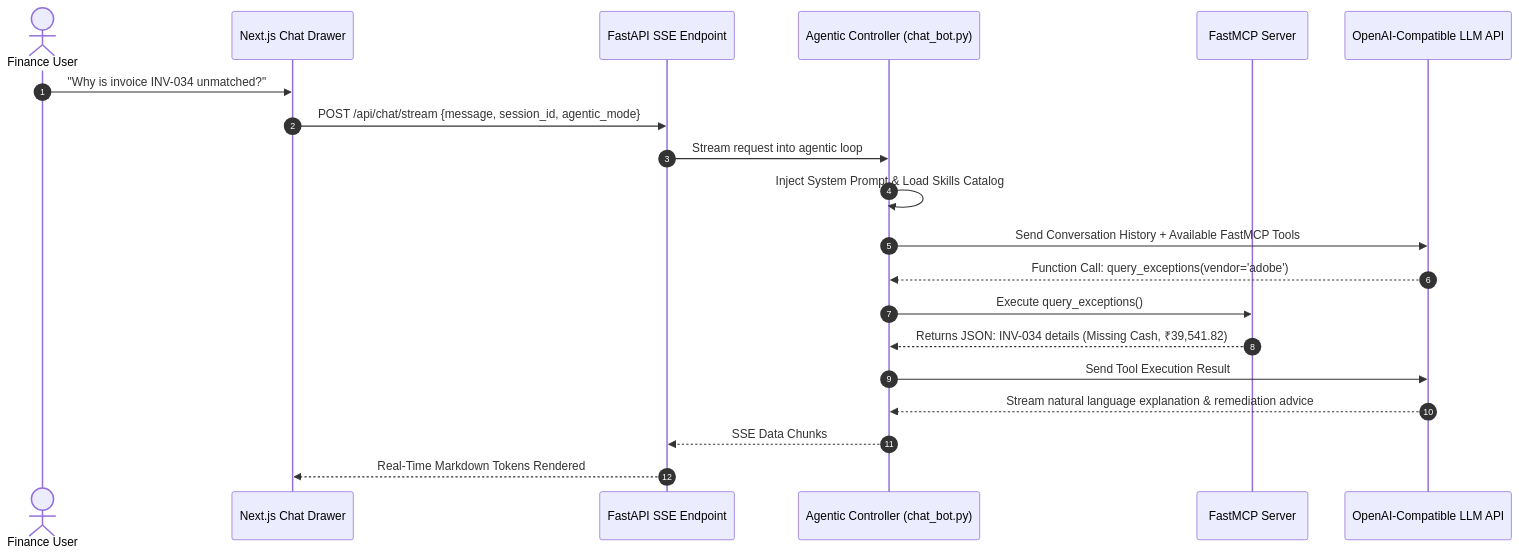
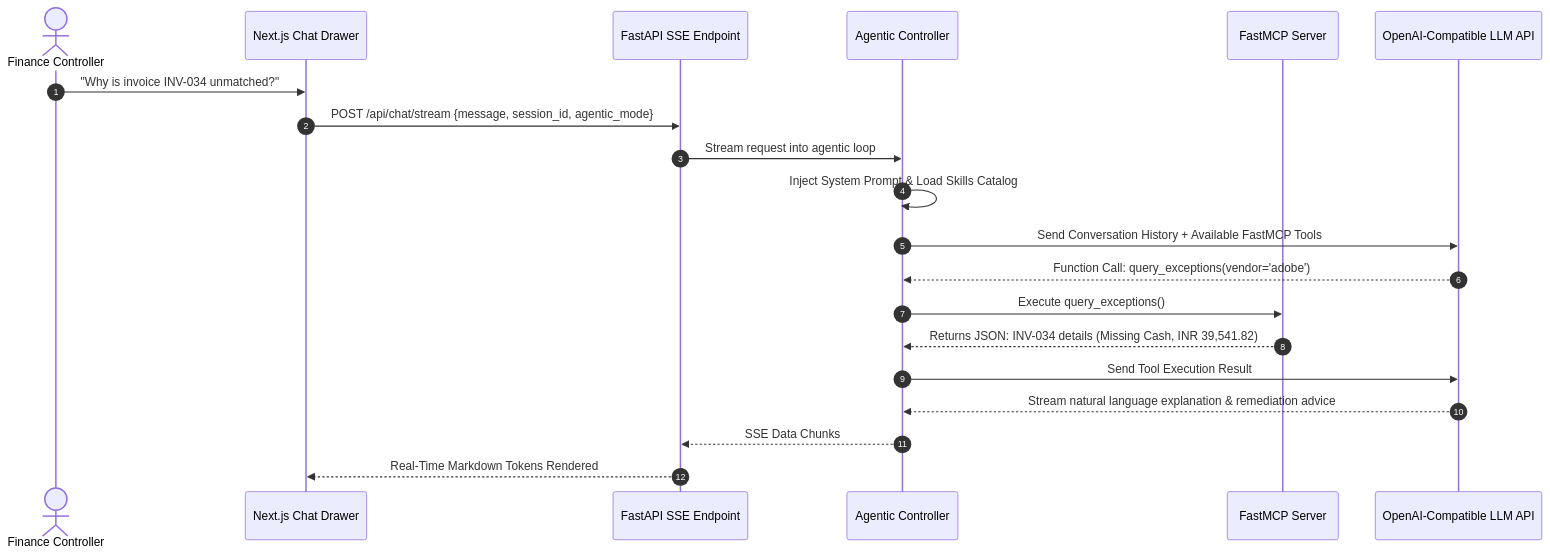
The fifth of 9 diagrams in ARCHITECTURE.md (harissh-k06/Razorpay_Buildathon), drawn with Mermaid before and after one commit. The commit also changed other lines of this file, not shown here.

````diff
--- a/ARCHITECTURE.md
+++ b/ARCHITECTURE.md
@@ -383,23 +383,23 @@
 ```mermaid
 sequenceDiagram
     autonumber
-    actor User as Finance User
+    actor User as Finance Controller
     participant Web as Next.js Chat Drawer
     participant API as FastAPI SSE Endpoint
-    participant Agent as Agentic Controller (chat_bot.py)
+    participant Agent as Agentic Controller
     participant MCP as FastMCP Server
     participant LLM as OpenAI-Compatible LLM API
 
     User->>Web: "Why is invoice INV-034 unmatched?"
     Web->>API: POST /api/chat/stream {message, session_id, agentic_mode}
     API->>Agent: Stream request into agentic loop
     Agent->>Agent: Inject System Prompt & Load Skills Catalog
     Agent->>LLM: Send Conversation History + Available FastMCP Tools
     LLM-->>Agent: Function Call: query_exceptions(vendor='adobe')
     Agent->>MCP: Execute query_exceptions()
-    MCP-->>Agent: Returns JSON: INV-034 details (Missing Cash, ₹39,541.82)
+    MCP-->>Agent: Returns JSON: INV-034 details (Missing Cash, INR 39,541.82)
     Agent->>LLM: Send Tool Execution Result
     LLM-->>Agent: Stream natural language explanation & remediation advice
     Agent-->>API: SSE Data Chunks
     API-->>Web: Real-Time Markdown Tokens Rendered
 ```
````
